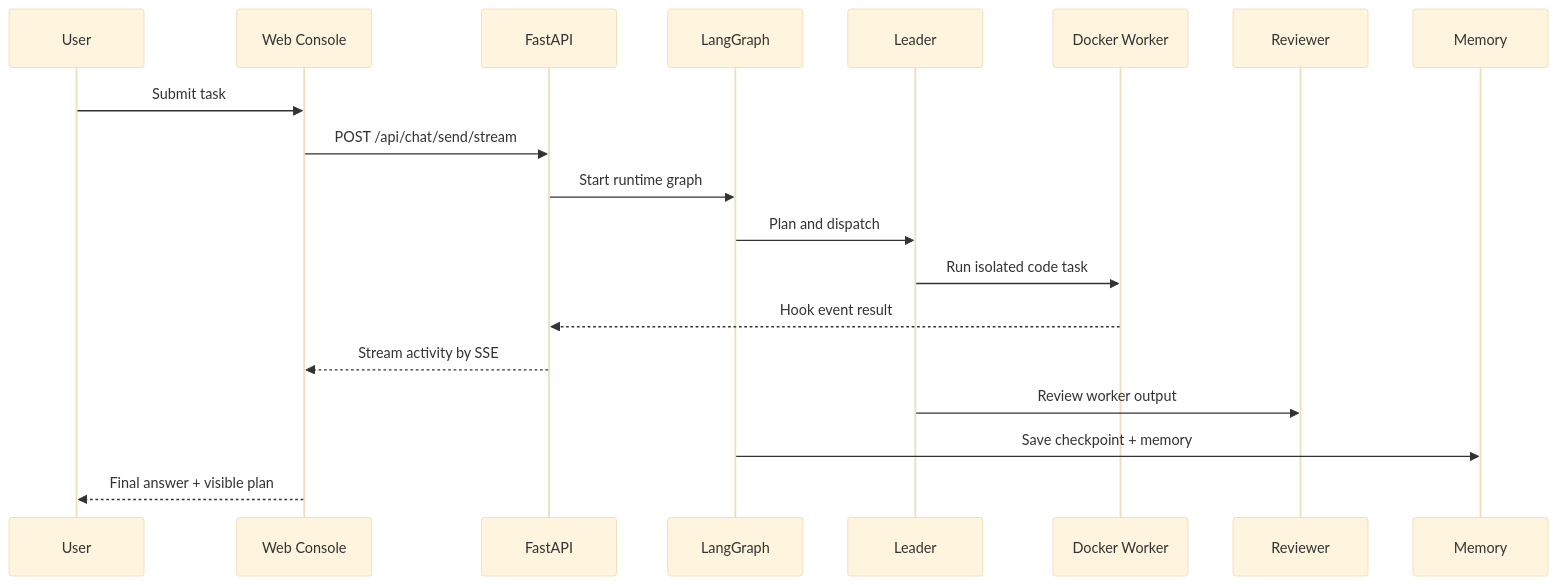
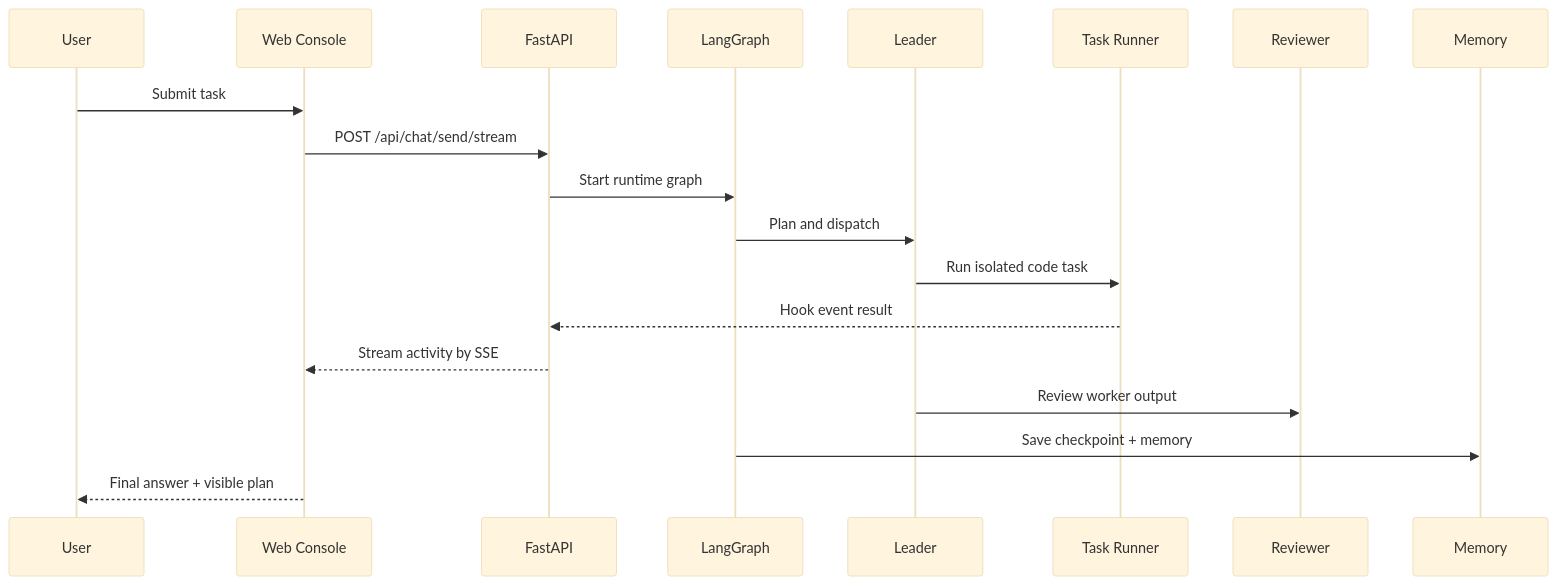
One commit to KKK985429/code-terminator-open changed the second of 3 diagrams in README.en.md. Above: the diagram before and after it, drawn with Mermaid (base theme). The commit also changed other lines of this file and 4 other files, not shown here.

````diff
--- a/README.en.md
+++ b/README.en.md
@@ -138,22 +138,22 @@
 ```mermaid
 sequenceDiagram
     participant U as User
     participant W as Web Console
     participant A as FastAPI
     participant G as LangGraph
     participant L as Leader
-    participant D as Docker Worker
+    participant D as Task Runner
     participant R as Reviewer
     participant M as Memory
 
     U->>W: Submit task
     W->>A: POST /api/chat/send/stream
     A->>G: Start runtime graph
     G->>L: Plan and dispatch
     L->>D: Run isolated code task
     D-->>A: Hook event result
     A-->>W: Stream activity by SSE
     L->>R: Review worker output
     G->>M: Save checkpoint + memory
     W-->>U: Final answer + visible plan
 ```
````
